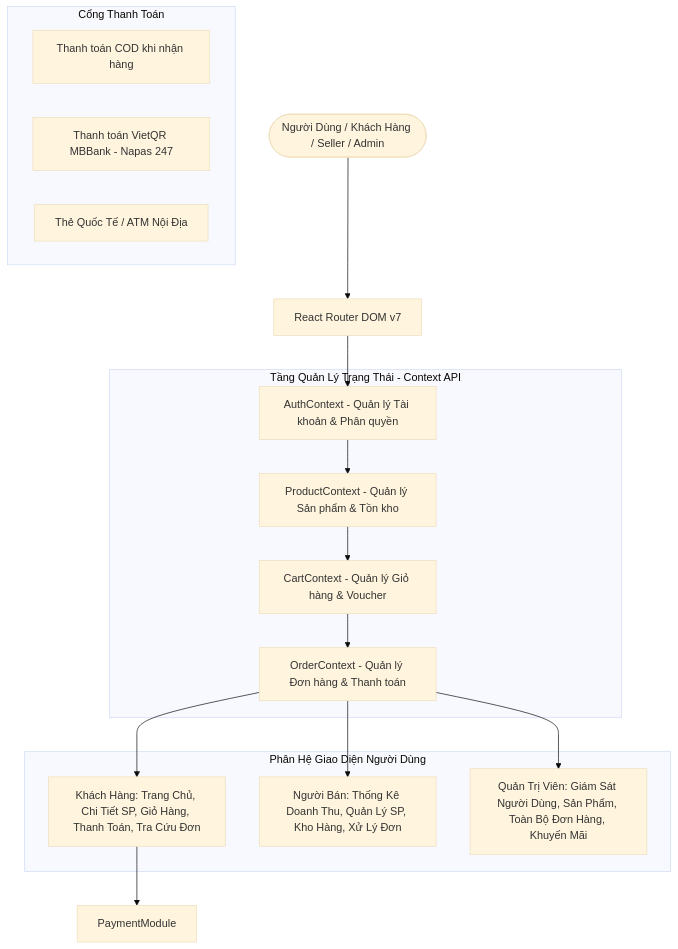
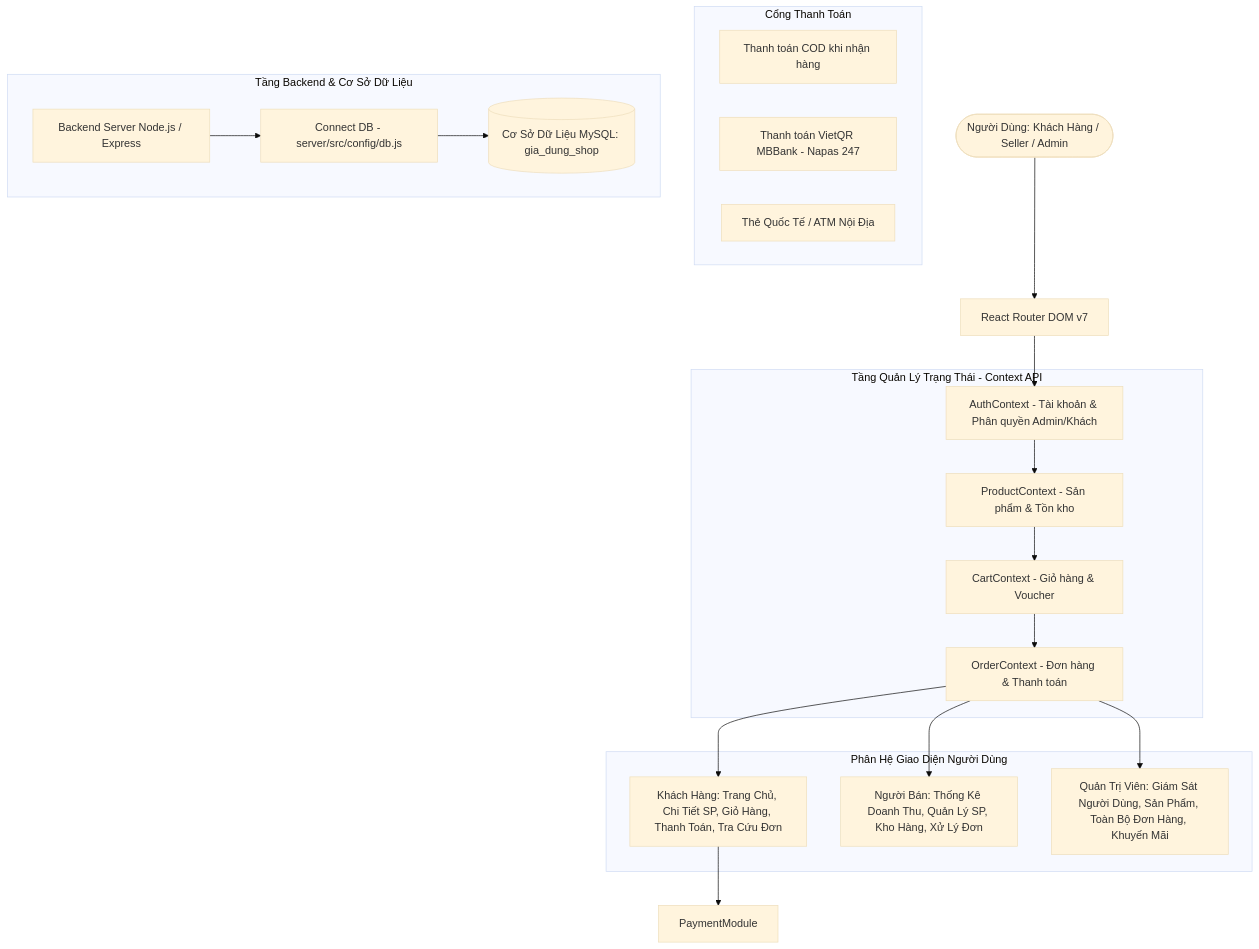
Before and after one commit to DAU-TranKhanhDong/trankhanhdong_24ct1_cnpm: the first of 3 diagrams in README.md, drawn with Mermaid (base theme). The commit also changed other lines of this file and 6 other files, not shown here.

Commit message:
Add MySQL database connection (connectDB) module, config, db-status endpoint, and README diagrams

````diff
--- a/README.md
+++ b/README.md
@@ -9,34 +9,43 @@
 ```mermaid
 graph TD
-    User([Người Dùng / Khách Hàng / Seller / Admin]) --> Router[React Router DOM v7]
+    User([Người Dùng: Khách Hàng / Seller / Admin]) --> Router[React Router DOM v7]
 
     subgraph State Management [Tầng Quản Lý Trạng Thái - Context API]
-        AuthContext[AuthContext - Quản lý Tài khoản & Phân quyền]
-        ProductContext[ProductContext - Quản lý Sản phẩm & Tồn kho]
-        CartContext[CartContext - Quản lý Giỏ hàng & Voucher]
-        OrderContext[OrderContext - Quản lý Đơn hàng & Thanh toán]
+        AuthContext[AuthContext - Tài khoản & Phân quyền Admin/Khách]
+        ProductContext[ProductContext - Sản phẩm & Tồn kho]
+        CartContext[CartContext - Giỏ hàng & Voucher]
+        OrderContext[OrderContext - Đơn hàng & Thanh toán]
     end
 
     Router --> AuthContext
     AuthContext --> ProductContext
     ProductContext --> CartContext
     CartContext --> OrderContext
 
     subgraph UI Modules [Phân Hệ Giao Diện Người Dùng]
         Customer[Khách Hàng: Trang Chủ, Chi Tiết SP, Giỏ Hàng, Thanh Toán, Tra Cứu Đơn]
         Seller[Người Bán: Thống Kê Doanh Thu, Quản Lý SP, Kho Hàng, Xử Lý Đơn]
         Admin[Quản Trị Viên: Giám Sát Người Dùng, Sản Phẩm, Toàn Bộ Đơn Hàng, Khuyến Mãi]
     end
 
     OrderContext --> Customer
     OrderContext --> Seller
     OrderContext --> Admin
 
     subgraph Payment Module [Cổng Thanh Toán]
         COD[Thanh toán COD khi nhận hàng]
         VietQR[Thanh toán VietQR MBBank - Napas 247]
         Card[Thẻ Quốc Tế / ATM Nội Địa]
     end
 
     Customer --> PaymentModule
+
+    subgraph Backend & Database [Tầng Backend & Cơ Sở Dữ Liệu]
+        Express[Backend Server Node.js / Express]
+        ConnectDB[Connect DB - server/src/config/db.js]
+        MySQL[(Cơ Sở Dữ Liệu MySQL: gia_dung_shop)]
+    end
+
+    Express --> ConnectDB
+    ConnectDB --> MySQL
 ```
````
